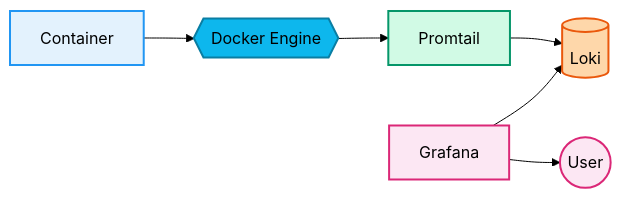
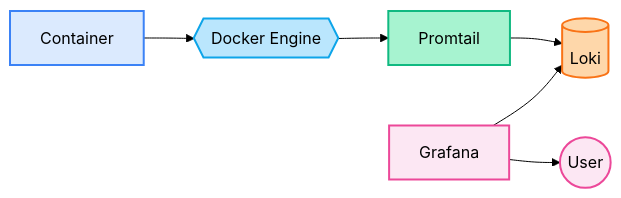
One commit to Mykyta-Home-Server/homeserver changed the second of 3 diagrams in docs-site/src/content/docs/guides/monitoring.mdx. Above: the diagram before and after it, drawn with Mermaid (forest theme). The commit also changed other lines of this file and 2 other files, not shown here.

First line of the commit message:
Fix Mermaid diagrams: broken shapes and consistent color palette

````diff
--- a/docs-site/src/content/docs/guides/monitoring.mdx
+++ b/docs-site/src/content/docs/guides/monitoring.mdx
@@ -76,27 +76,27 @@
 ```mermaid
 flowchart LR
     Container@{ shape: rect, label: "Container" }
     Docker@{ shape: hex, label: "Docker Engine" }
     Promtail@{ shape: rect, label: "Promtail" }
     Loki@{ shape: cyl, label: "Loki" }
     Grafana@{ shape: rect, label: "Grafana" }
     User@{ shape: circle, label: "User" }
 
     Container --> Docker
     Docker --> Promtail
     Promtail --> Loki
     Grafana --> Loki
     Grafana --> User
 
-    classDef container fill:#e3f2fd,stroke:#2196f3,stroke-width:2px
-    classDef docker fill:#0db7ed,stroke:#0a7ea3,stroke-width:2px
-    classDef promtail fill:#d1fae5,stroke:#059669,stroke-width:2px
-    classDef loki fill:#fed7aa,stroke:#ea580c,stroke-width:2px
-    classDef grafana fill:#fce7f3,stroke:#db2777,stroke-width:2px
+    classDef container fill:#dbeafe,stroke:#3b82f6,stroke-width:2px
+    classDef docker fill:#bae6fd,stroke:#0ea5e9,stroke-width:2px
+    classDef promtail fill:#a7f3d0,stroke:#10b981,stroke-width:2px
+    classDef loki fill:#fed7aa,stroke:#f97316,stroke-width:2px
+    classDef grafana fill:#fce7f3,stroke:#ec4899,stroke-width:2px
 
     class Container container
     class Docker docker
     class Promtail promtail
     class Loki loki
     class Grafana,User grafana
 ```
````
